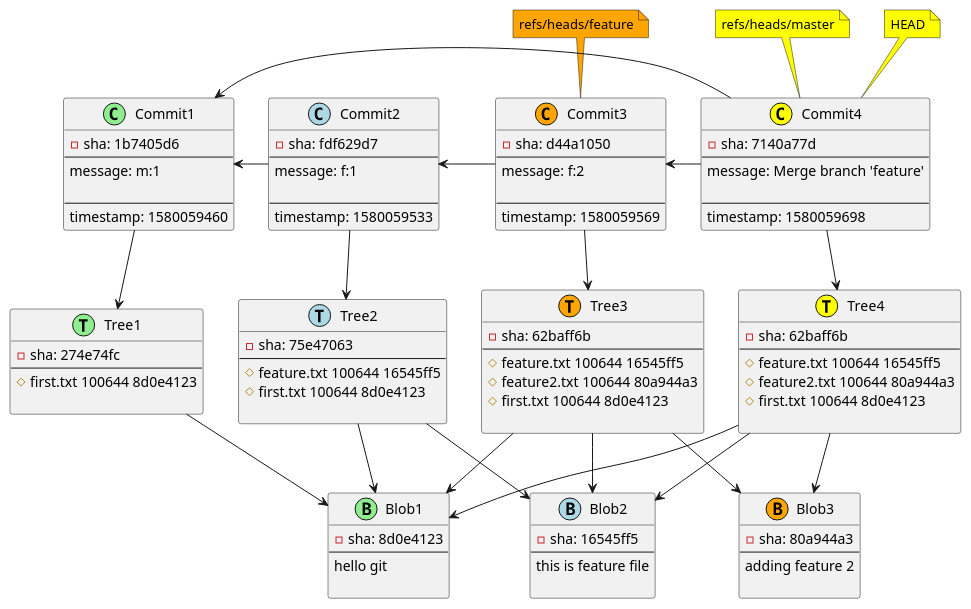
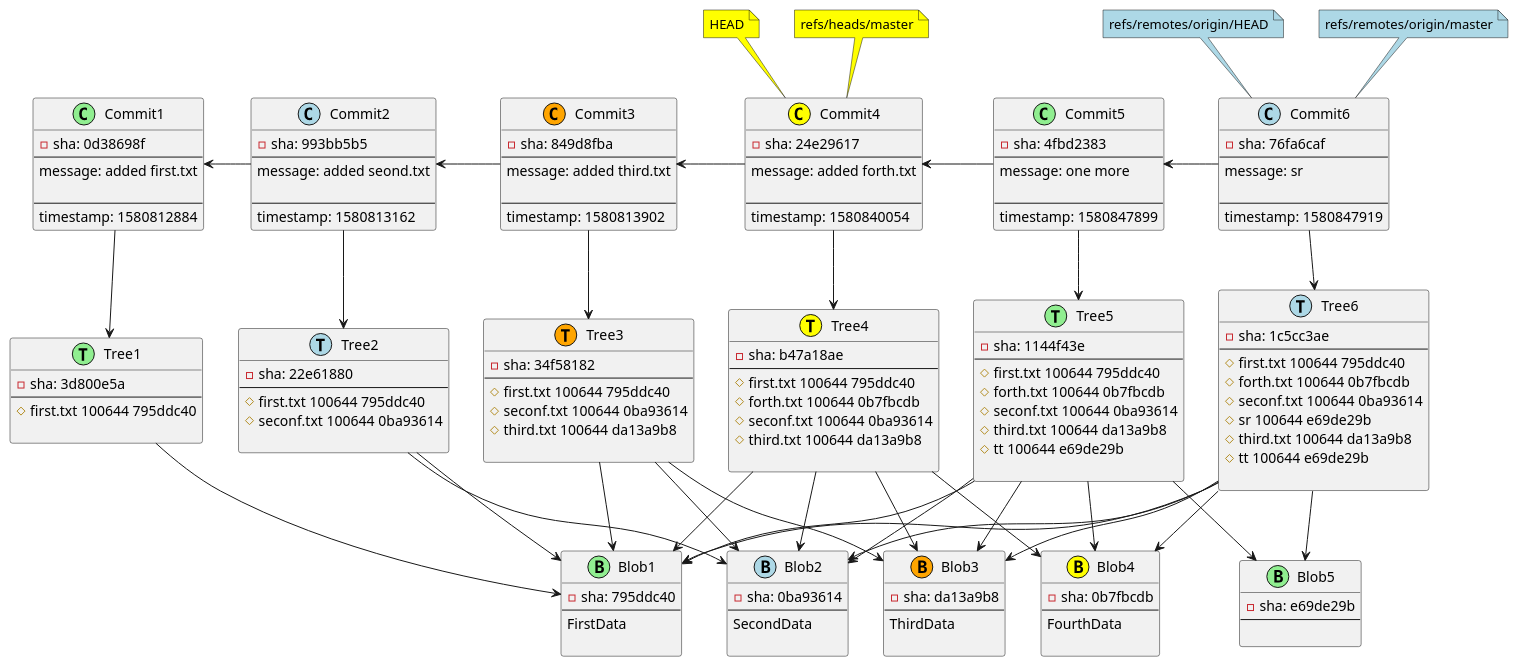
Before and after one commit to tsypuk/git2plantuml: the second of 2 diagrams in src/main/resources/diagram.adoc, drawn with PlantUML. The commit also changed other lines of this file and 2 other files, not shown here.

Commit message:
fix ordering

```diff
--- a/src/main/resources/diagram.adoc
+++ b/src/main/resources/diagram.adoc
@@ -163,102 +114,166 @@
-[plantuml, Git repository time snapshot9df66bb3-a4d1-406b-a7b4-0a62e6daa4d5, png, title="Git repository time snapshot: 4 commits, 3 trees, 3 blobs, 3 refs: HEAD, refs/heads/master, refs/heads/feature, ", width=1000, height=1000]
+[plantuml, Git repository time snapshot00cda561-4c9d-4576-bed8-bd132a940e90, png, title="Git repository snapshot: 6 commits, 6 trees, 5 blobs, 4 refs: HEAD, refs/heads/master, refs/remotes/origin/HEAD, refs/remotes/origin/master, ", width=1000, height=1000]
 ....
-class Commit4 <<(C,yellow)>> {
--sha: 7140a77d
+class Commit6 <<(C,lightblue)>> {
+-sha: 76fa6caf
 --
-message: Merge branch 'feature'
+message: sr
 
 --
-timestamp: 1580059698
+timestamp: 1580847919
+}
+class Commit5 <<(C,lightgreen)>> {
+-sha: 4fbd2383
+--
+message: one more
+
+--
+timestamp: 1580847899
+}
+class Commit4 <<(C,yellow)>> {
+-sha: 24e29617
+--
+message: added forth.txt
+
+--
+timestamp: 1580840054
 }
 class Commit3 <<(C,orange)>> {
--sha: d44a1050
+-sha: 849d8fba
 --
-message: f:2
+message: added third.txt
 
 --
-timestamp: 1580059569
+timestamp: 1580813902
 }
 class Commit2 <<(C,lightblue)>> {
--sha: fdf629d7
+-sha: 993bb5b5
 --
-message: f:1
+message: added seond.txt
 
 --
-timestamp: 1580059533
+timestamp: 1580813162
 }
 class Commit1 <<(C,lightgreen)>> {
--sha: 1b7405d6
+-sha: 0d38698f
 --
-message: m:1
+message: added first.txt
 
 --
-timestamp: 1580059460
+timestamp: 1580812884
+}
+class Tree6 <<(T,lightblue)>> {
+-sha: 1c5cc3ae
+--
+# first.txt 100644 795ddc40
+# forth.txt 100644 0b7fbcdb
+# seconf.txt 100644 0ba93614
+# sr 100644 e69de29b
+# third.txt 100644 da13a9b8
+# tt 100644 e69de29b
+
+}
+class Tree5 <<(T,lightgreen)>> {
+-sha: 1144f43e
+--
+# first.txt 100644 795ddc40
+# forth.txt 100644 0b7fbcdb
+# seconf.txt 100644 0ba93614
+# third.txt 100644 da13a9b8
+# tt 100644 e69de29b
+
 }
 class Tree4 <<(T,yellow)>> {
--sha: 62baff6b
+-sha: b47a18ae
 --
-# feature.txt 100644 16545ff5
-# feature2.txt 100644 80a944a3
-# first.txt 100644 8d0e4123
+# first.txt 100644 795ddc40
+# forth.txt 100644 0b7fbcdb
+# seconf.txt 100644 0ba93614
+# third.txt 100644 da13a9b8
 
 }
 class Tree3 <<(T,orange)>> {
--sha: 62baff6b
+-sha: 34f58182
 --
-# feature.txt 100644 16545ff5
-# feature2.txt 100644 80a944a3
-# first.txt 100644 8d0e4123
+# first.txt 100644 795ddc40
+# seconf.txt 100644 0ba93614
+# third.txt 100644 da13a9b8
 
 }
 class Tree2 <<(T,lightblue)>> {
--sha: 75e47063
+-sha: 22e61880
 --
-# feature.txt 100644 16545ff5
-# first.txt 100644 8d0e4123
+# first.txt 100644 795ddc40
+# seconf.txt 100644 0ba93614
 
 }
 class Tree1 <<(T,lightgreen)>> {
--sha: 274e74fc
+-sha: 3d800e5a
 --
-# first.txt 100644 8d0e4123
+# first.txt 100644 795ddc40
+
+}
+class Blob4 <<(B,yellow)>> {
+-sha: 0b7fbcdb
+--
+FourthData
 
 }
 class Blob3 <<(B,orange)>> {
--sha: 80a944a3
+-sha: da13a9b8
 --
-adding feature 2
+ThirdData
+
+}
+class Blob1 <<(B,lightgreen)>> {
+-sha: 795ddc40
+--
+FirstData
 
 }
 class Blob2 <<(B,lightblue)>> {
--sha: 16545ff5
+-sha: 0ba93614
 --
-this is feature file
+SecondData
 
 }
-class Blob1 <<(B,lightgreen)>> {
--sha: 8d0e4123
+class Blob5 <<(B,lightgreen)>> {
+-sha: e69de29b
 --
-hello git
 
 }
+Commit6 --> Tree6
+Commit5 --> Tree5
 Commit4 --> Tree4
 Commit3 --> Tree3
 Commit2 --> Tree2
 Commit1 --> Tree1
+Tree6 --> Blob1
+Tree6 --> Blob4
+Tree6 --> Blob2
+Tree6 --> Blob5
+Tree6 --> Blob3
+Tree5 --> Blob1
+Tree5 --> Blob4
+Tree5 --> Blob2
+Tree5 --> Blob3
+Tree5 --> Blob5
+Tree4 --> Blob1
+Tree4 --> Blob4
 Tree4 --> Blob2
 Tree4 --> Blob3
-Tree4 --> Blob1
+Tree3 --> Blob1
 Tree3 --> Blob2
 Tree3 --> Blob3
-Tree3 --> Blob1
+Tree2 --> Blob1
 Tree2 --> Blob2
-Tree2 --> Blob1
 Tree1 --> Blob1
+Commit3 -l-> Commit2
+Commit6 -l-> Commit5
 Commit2 -l-> Commit1
-Commit4 -l-> Commit1
 Commit4 -l-> Commit3
-Commit3 -l-> Commit2
+Commit5 -l-> Commit4
 note top of Commit4 #yellow : HEAD
 note top of Commit4 #yellow : refs/heads/master
-note top of Commit3 #orange : refs/heads/feature
+note top of Commit6 #lightblue : refs/remotes/origin/HEAD
+note top of Commit6 #lightblue : refs/remotes/origin/master
 ....
```
